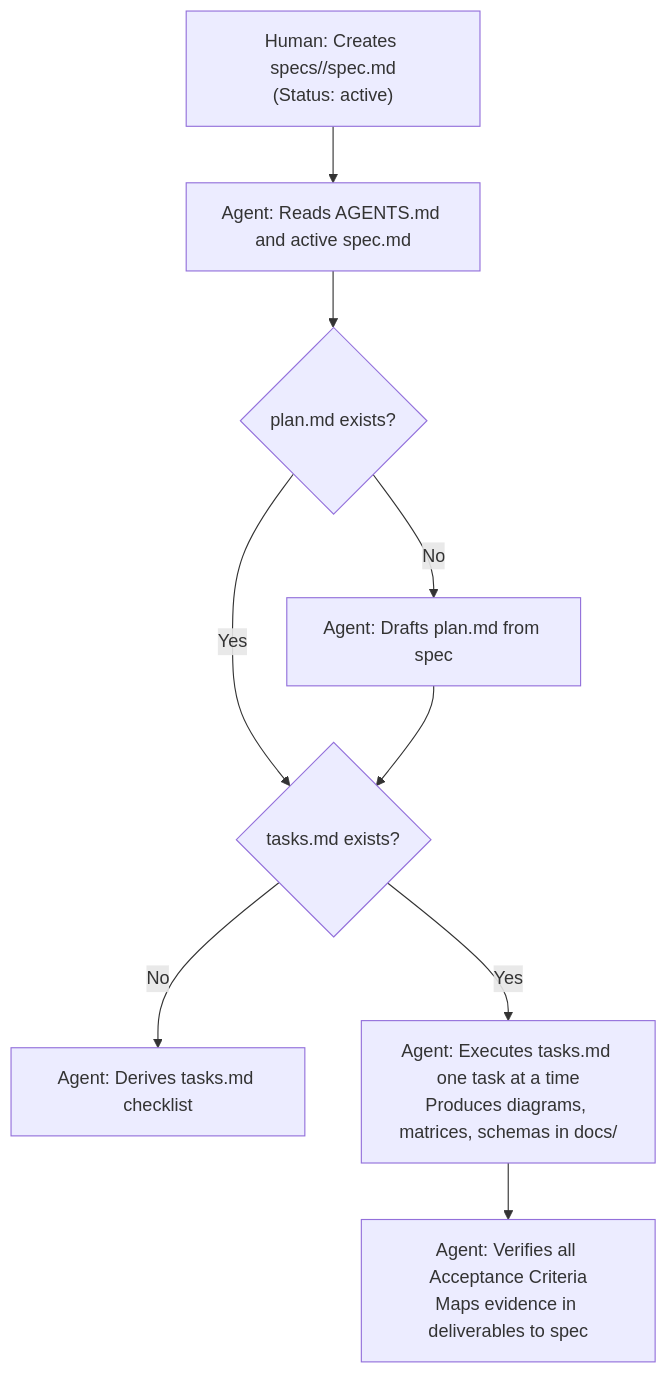
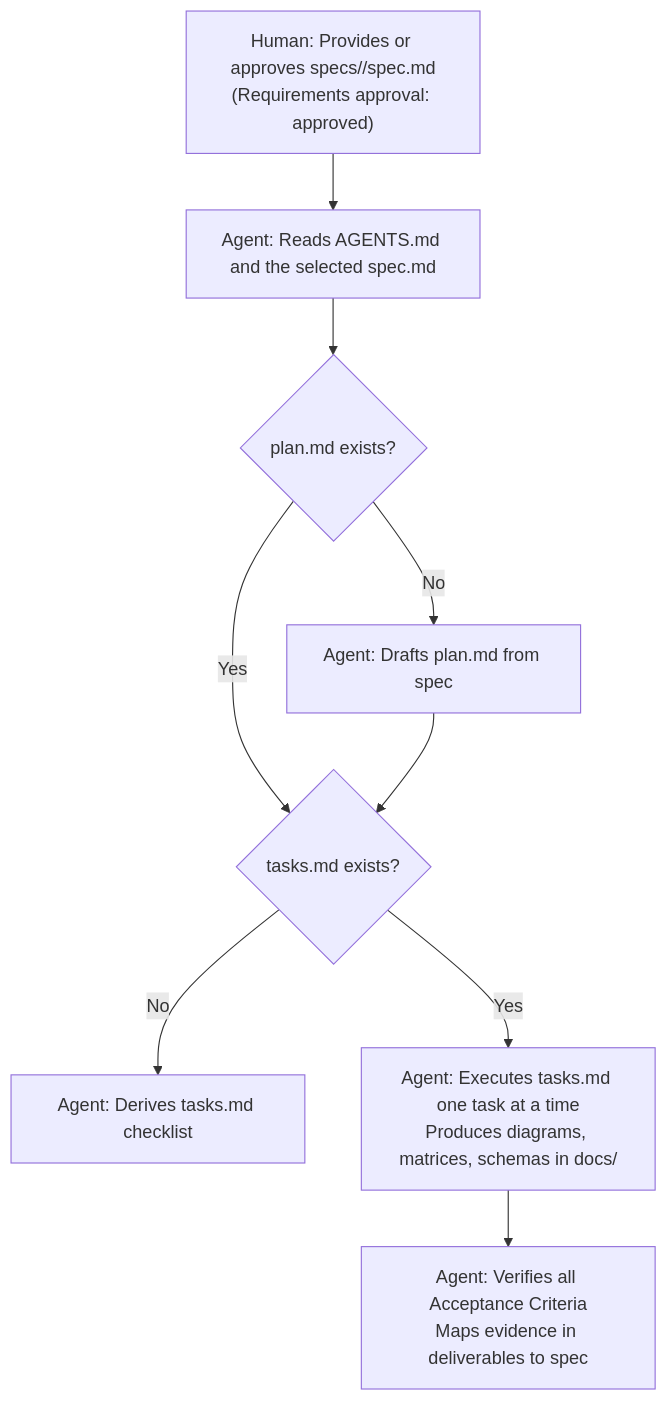
Before and after one commit to krondor/bob-cloud-architect: the first of 2 diagrams in README.md, drawn with Mermaid. The commit also changed other lines of this file and 1 other file, not shown here.

````diff
--- a/README.md
+++ b/README.md
@@ -92,11 +92,11 @@
 ```mermaid
 flowchart TD
-    User["Human: Creates specs/<NNN-name>/spec.md\n(Status: active)"] --> Start["Agent: Reads AGENTS.md and active spec.md"]
+    User["Human: Provides or approves specs/<NNN-name>/spec.md\n(Requirements approval: approved)"] --> Start["Agent: Reads AGENTS.md and the selected spec.md"]
     Start --> CheckPlan{"plan.md exists?"}
     CheckPlan -- "No" --> DraftPlan["Agent: Drafts plan.md from spec"]
     CheckPlan -- "Yes" --> CheckTasks{"tasks.md exists?"}
     DraftPlan --> CheckTasks
     CheckTasks -- "No" --> DeriveTasks["Agent: Derives tasks.md checklist"]
     CheckTasks -- "Yes" --> Exec["Agent: Executes tasks.md one task at a time\nProduces diagrams, matrices, schemas in docs/"]
     Exec --> Verify["Agent: Verifies all Acceptance Criteria\nMaps evidence in deliverables to spec"]
 ```
````
